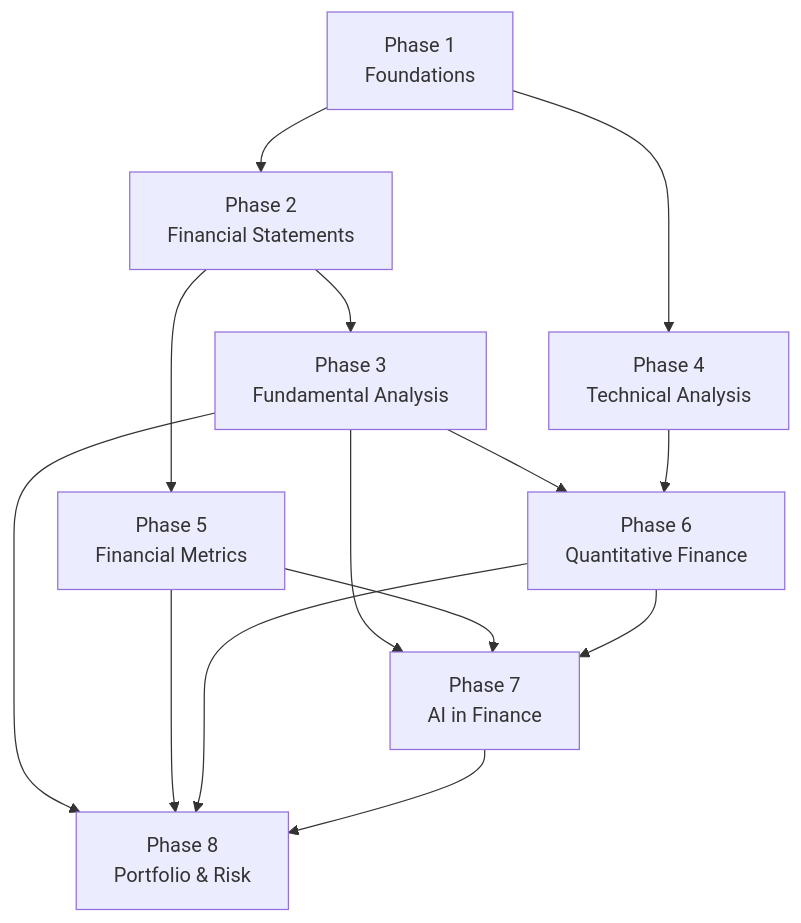
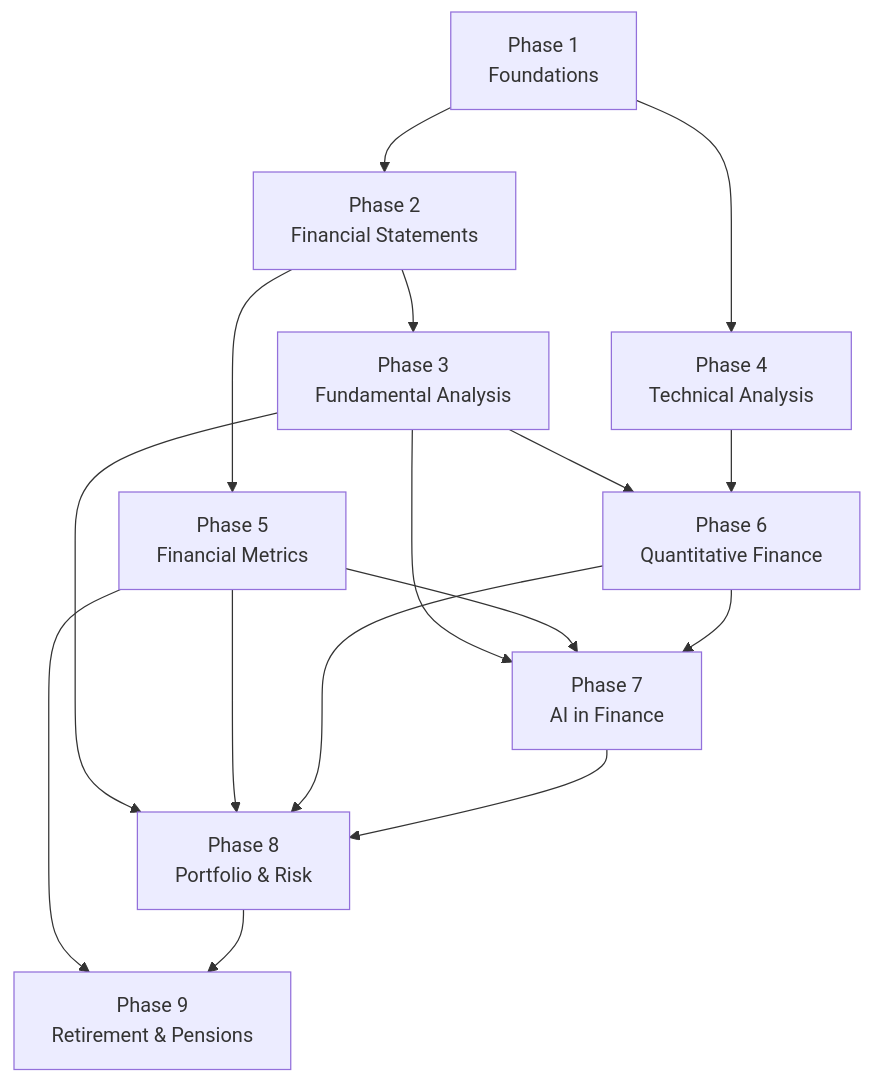
The first of 3 diagrams in finance/learning-roadmap.md (Deep084-bot/engineering-notes), drawn with Mermaid before and after one commit. The commit also changed other lines of this file, not shown here.

Commit message:
Changed the roadmap a bit

````diff
--- a/finance/learning-roadmap.md
+++ b/finance/learning-roadmap.md
@@ -7,16 +7,18 @@
 ```mermaid
 graph TD
     P1[Phase 1<br/>Foundations] --> P2[Phase 2<br/>Financial Statements]
     P1 --> P4[Phase 4<br/>Technical Analysis]
     P2 --> P3[Phase 3<br/>Fundamental Analysis]
     P2 --> P5[Phase 5<br/>Financial Metrics]
     P3 --> P6[Phase 6<br/>Quantitative Finance]
     P4 --> P6
     P3 --> P7[Phase 7<br/>AI in Finance]
     P5 --> P7
     P6 --> P7
     P3 --> P8[Phase 8<br/>Portfolio & Risk]
     P5 --> P8
     P6 --> P8
     P7 --> P8
+    P5 --> P9[Phase 9<br/>Retirement & Pensions]
+    P8 --> P9
 ```
````
